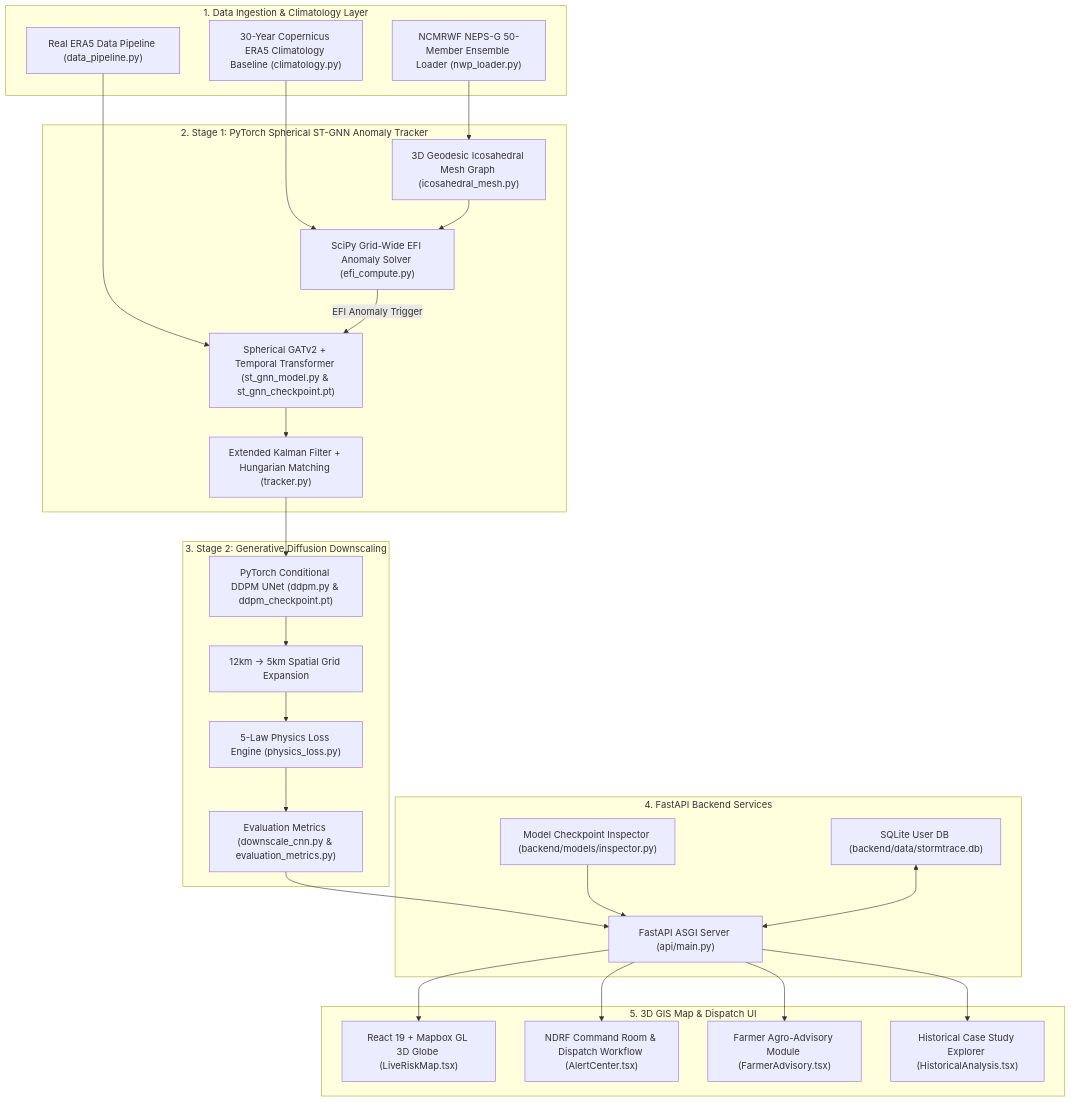
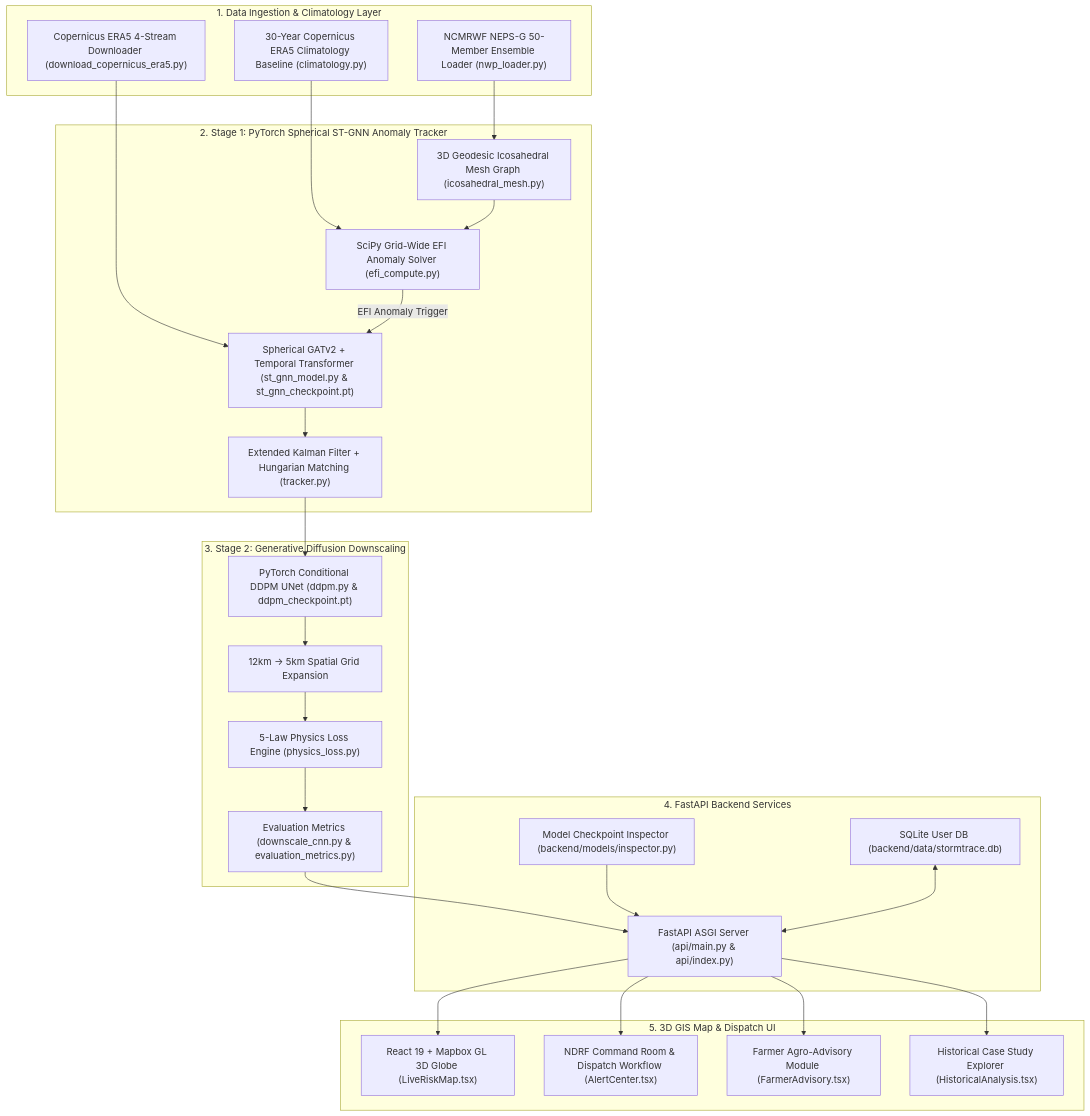
The diagram in README.md (Alokzhan/wheatherSIH), drawn with Mermaid before and after one commit. The commit also changed other lines of this file, not shown here.

Commit message:
Update README.md with Copernicus ERA5 4-stream engine and Vercel free deployment instructions

````diff
--- a/README.md
+++ b/README.md
@@ -30,53 +47,53 @@
 ```mermaid
 graph TD
     subgraph Data_Layer ["1. Data Ingestion & Climatology Layer"]
         A1["NCMRWF NEPS-G 50-Member Ensemble Loader (nwp_loader.py)"]
         A2["30-Year Copernicus ERA5 Climatology Baseline (climatology.py)"]
-        A3["Real ERA5 Data Pipeline (data_pipeline.py)"]
+        A3["Copernicus ERA5 4-Stream Downloader (download_copernicus_era5.py)"]
     end
 
     subgraph Stage1_GNN ["2. Stage 1: PyTorch Spherical ST-GNN Anomaly Tracker"]
         B1["3D Geodesic Icosahedral Mesh Graph (icosahedral_mesh.py)"]
         B2["SciPy Grid-Wide EFI Anomaly Solver (efi_compute.py)"]
         B3["Spherical GATv2 + Temporal Transformer (st_gnn_model.py & st_gnn_checkpoint.pt)"]
         B4["Extended Kalman Filter + Hungarian Matching (tracker.py)"]
     end
 
     subgraph Stage2_Diffusion ["3. Stage 2: Generative Diffusion Downscaling"]
         C1["PyTorch Conditional DDPM UNet (ddpm.py & ddpm_checkpoint.pt)"]
         C2["12km -> 5km Spatial Grid Expansion"]
         C3["5-Law Physics Loss Engine (physics_loss.py)"]
         C4["Evaluation Metrics (downscale_cnn.py & evaluation_metrics.py)"]
     end
 
     subgraph Backend_Services ["4. FastAPI Backend Services"]
-        D1["FastAPI ASGI Server (api/main.py)"]
+        D1["FastAPI ASGI Server (api/main.py & api/index.py)"]
         D2["SQLite User DB (backend/data/stormtrace.db)"]
         D3["Model Checkpoint Inspector (backend/models/inspector.py)"]
     end
 
     subgraph Frontend_UI ["5. 3D GIS Map & Dispatch UI"]
         E1["React 19 + Mapbox GL 3D Globe (LiveRiskMap.tsx)"]
         E2["NDRF Command Room & Dispatch Workflow (AlertCenter.tsx)"]
         E3["Farmer Agro-Advisory Module (FarmerAdvisory.tsx)"]
         E4["Historical Case Study Explorer (HistoricalAnalysis.tsx)"]
     end
 
     A1 --> B1
     A2 --> B2
     A3 --> B3
     B1 --> B2
     B2 -->|EFI Anomaly Trigger| B3
     B3 --> B4
     B4 --> C1
     C1 --> C2
     C2 --> C3
     C3 --> C4
     C4 --> D1
     D3 --> D1
     D2 <--> D1
     D1 --> E1
     D1 --> E2
     D1 --> E3
     D1 --> E4
 ```
````
